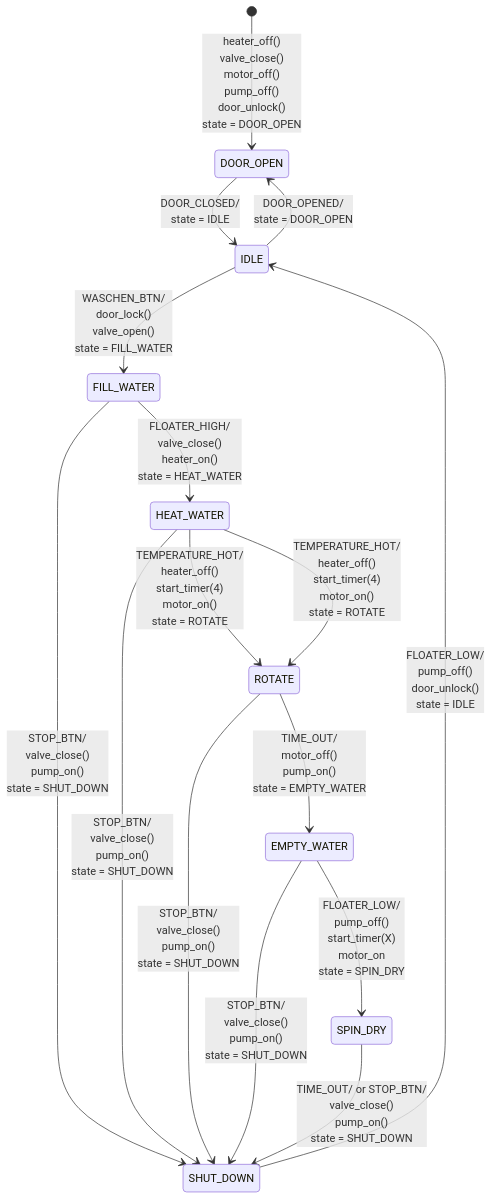
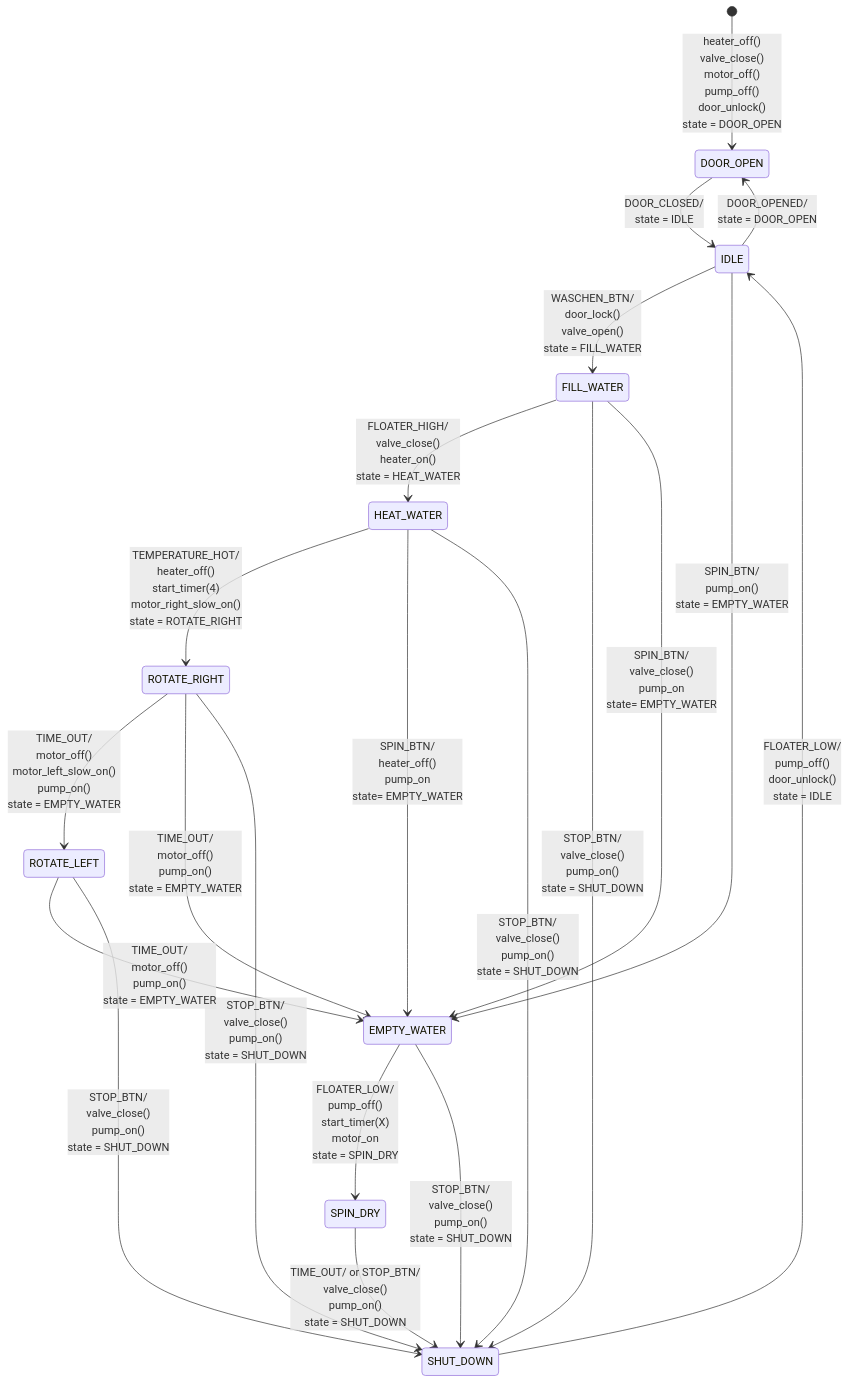
The diagram in 02_U01/ESE_washing_machine_diagram.md (jilzerndt/ESE), drawn with Mermaid before and after one commit. The commit also changed 181 other files, not shown here.

````diff
--- a/02_U01/ESE_washing_machine_diagram.md
+++ b/02_U01/ESE_washing_machine_diagram.md
@@ -3,26 +3,32 @@
 ```mermaid
 stateDiagram-v2
     [*] --> DOOR_OPEN: heater_off() <br> valve_close() <br> motor_off() <br> pump_off() <br> door_unlock() <br> state = DOOR_OPEN
     
     IDLE --> DOOR_OPEN: DOOR_OPENED/ <br> state = DOOR_OPEN
     IDLE --> FILL_WATER: WASCHEN_BTN/ <br> door_lock() <br> valve_open() <br> state = FILL_WATER
+    IDLE --> EMPTY_WATER: SPIN_BTN/ <br> pump_on() <br> state = EMPTY_WATER
     
     DOOR_OPEN --> IDLE: DOOR_CLOSED/ <br> state = IDLE
     
     FILL_WATER --> HEAT_WATER: FLOATER_HIGH/ <br> valve_close() <br> heater_on() <br> state = HEAT_WATER
     FILL_WATER --> SHUT_DOWN: STOP_BTN/ <br> valve_close() <br> pump_on() <br> state = SHUT_DOWN
+    FILL_WATER --> EMPTY_WATER: SPIN_BTN/ <br> valve_close() <br> pump_on <br> state= EMPTY_WATER
     
-    HEAT_WATER --> ROTATE: TEMPERATURE_HOT/ <br> heater_off() <br> start_timer(4) <br> motor_on() <br> state = ROTATE
-    HEAT_WATER --> ROTATE: TEMPERATURE_HOT/ <br> heater_off() <br> start_timer(4) <br> motor_on() <br> state = ROTATE
+    HEAT_WATER --> ROTATE_RIGHT: TEMPERATURE_HOT/ <br> heater_off() <br> start_timer(4) <br> motor_right_slow_on() <br> state = ROTATE_RIGHT
+    HEAT_WATER --> EMPTY_WATER: SPIN_BTN/ <br> heater_off() <br> pump_on <br> state= EMPTY_WATER
     HEAT_WATER --> SHUT_DOWN: STOP_BTN/ <br> valve_close() <br> pump_on() <br> state = SHUT_DOWN
     
-    ROTATE --> EMPTY_WATER: TIME_OUT/ <br> motor_off() <br> pump_on() <br> state = EMPTY_WATER
-    ROTATE --> SHUT_DOWN: STOP_BTN/ <br> valve_close() <br> pump_on() <br> state = SHUT_DOWN
+    ROTATE_RIGHT --> ROTATE_LEFT: TIME_OUT/ <br> motor_off() <br> motor_left_slow_on() <br> pump_on() <br> state = EMPTY_WATER
+    ROTATE_RIGHT --> EMPTY_WATER: TIME_OUT/ <br> motor_off() <br> pump_on() <br> state = EMPTY_WATER
+    ROTATE_RIGHT --> SHUT_DOWN: STOP_BTN/ <br> valve_close() <br> pump_on() <br> state = SHUT_DOWN
+
+    ROTATE_LEFT --> EMPTY_WATER: TIME_OUT/ <br> motor_off() <br> pump_on() <br> state = EMPTY_WATER
+    ROTATE_LEFT --> SHUT_DOWN: STOP_BTN/ <br> valve_close() <br> pump_on() <br> state = SHUT_DOWN
     
     EMPTY_WATER --> SPIN_DRY: FLOATER_LOW/ <br> pump_off() <br> start_timer(X) <br> motor_on <br> state = SPIN_DRY
     EMPTY_WATER --> SHUT_DOWN: STOP_BTN/ <br> valve_close() <br> pump_on() <br> state = SHUT_DOWN
     
     SPIN_DRY --> SHUT_DOWN: TIME_OUT/ or STOP_BTN/ <br> valve_close() <br> pump_on() <br> state = SHUT_DOWN
     
     SHUT_DOWN --> IDLE: FLOATER_LOW/ <br> pump_off() <br> door_unlock() <br> state = IDLE
 ```
````
